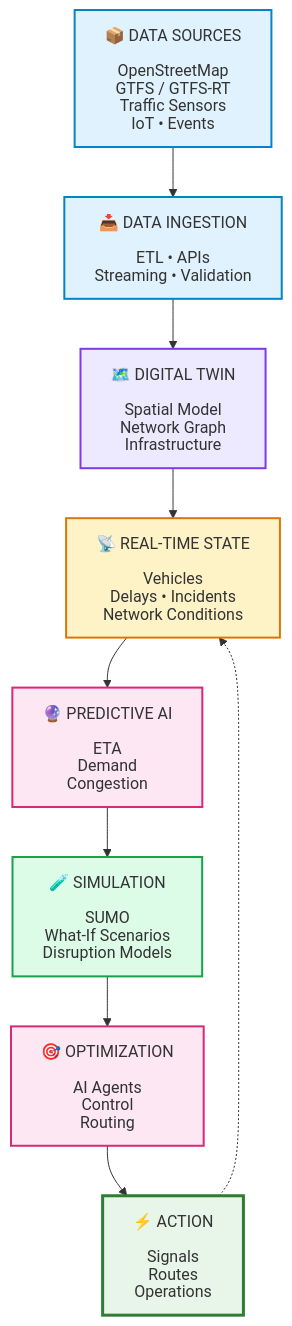
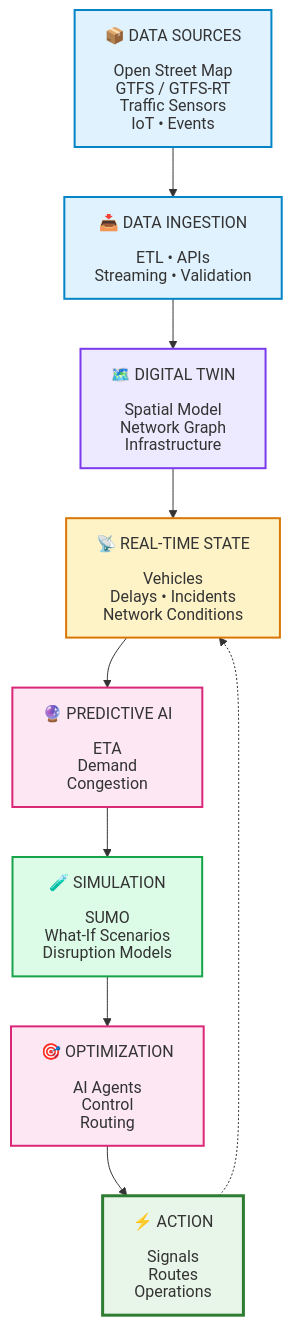
Before and after one commit to phamdps/transport-digital-twin: the fourth of 5 diagrams in README.md, drawn with Mermaid.

Commit message:
update core data

````diff
--- a/README.md
+++ b/README.md
@@ -406,48 +406,48 @@
 ```mermaid
 ---
 config:
   htmlLabels: false
 ---
 flowchart TB
 
-    DATA["📦 DATA SOURCES<br/><br/>OpenStreetMap<br/>GTFS / GTFS-RT<br/>Traffic Sensors<br/>IoT • Events"]
+    DATA["📦 DATA SOURCES <br/><br/>Open Street Map<br/>GTFS / GTFS-RT <br/> Traffic Sensors <br/> IoT • Events"]
 
-    INGEST["📥 DATA INGESTION<br/><br/>ETL • APIs<br/>Streaming • Validation"]
+    INGEST["📥 DATA INGESTION <br/><br/> ETL • APIs <br/> Streaming • Validation"]
 
-    TWIN["🗺️ DIGITAL TWIN<br/><br/>Spatial Model<br/>Network Graph<br/>Infrastructure"]
+    TWIN["🗺️ DIGITAL TWIN <br/><br/> Spatial Model <br/> Network Graph <br/> Infrastructure"]
 
-    STATE["📡 REAL-TIME STATE<br/><br/>Vehicles<br/>Delays • Incidents<br/>Network Conditions"]
+    STATE["📡 REAL-TIME STATE <br/><br/> Vehicles <br/> Delays • Incidents <br/> Network Conditions"]
 
-    ML["🔮 PREDICTIVE AI<br/><br/>ETA<br/>Demand<br/>Congestion"]
+    ML["🔮 PREDICTIVE AI <br/><br/> ETA <br/> Demand <br/> Congestion"]
 
-    SIM["🧪 SIMULATION<br/><br/>SUMO<br/>What-If Scenarios<br/>Disruption Models"]
+    SIM["🧪 SIMULATION <br/><br/> SUMO<br/> What-If Scenarios <br/> Disruption Models"]
 
-    OPT["🎯 OPTIMIZATION<br/><br/>AI Agents<br/>Control<br/>Routing"]
+    OPT["🎯 OPTIMIZATION <br/><br/> AI Agents <br/> Control <br/> Routing"]
 
-    ACTION["⚡ ACTION<br/><br/>Signals<br/>Routes<br/>Operations"]
+    ACTION["⚡ ACTION <br/><br/> Signals <br/> Routes <br/> Operations"]
 
     DATA --> INGEST
     INGEST --> TWIN
     TWIN --> STATE
     STATE --> ML
     ML --> SIM
     SIM --> OPT
     OPT --> ACTION
 
     ACTION -.-> STATE
 
     classDef data fill:#e0f2fe,stroke:#0284c7,stroke-width:2px;
     classDef twin fill:#ede9fe,stroke:#7c3aed,stroke-width:2px;
     classDef realtime fill:#fef3c7,stroke:#d97706,stroke-width:2px;
     classDef ai fill:#fce7f3,stroke:#db2777,stroke-width:2px;
     classDef sim fill:#dcfce7,stroke:#16a34a,stroke-width:2px;
     classDef action fill:#e8f5e9,stroke:#2e7d32,stroke-width:3px;
 
     class DATA,INGEST data;
     class TWIN twin;
     class STATE realtime;
     class ML ai;
     class SIM sim;
     class OPT ai;
     class ACTION action;
 ```
````
